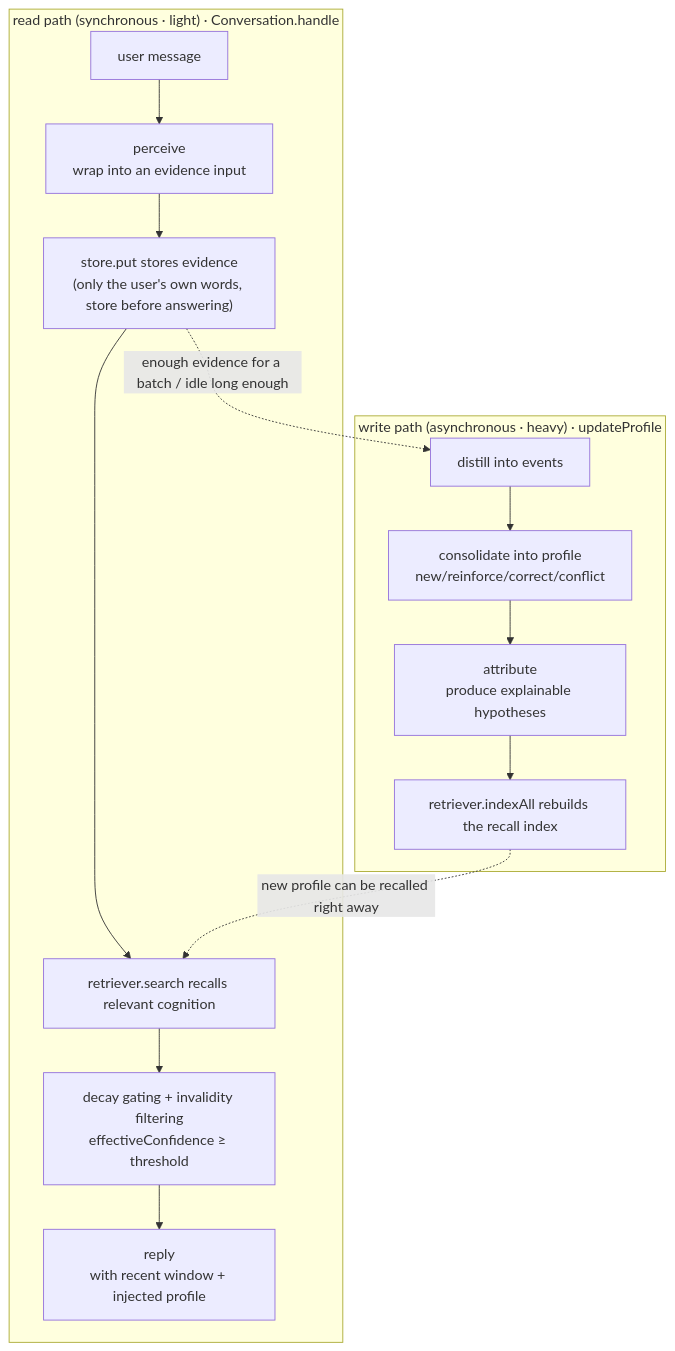
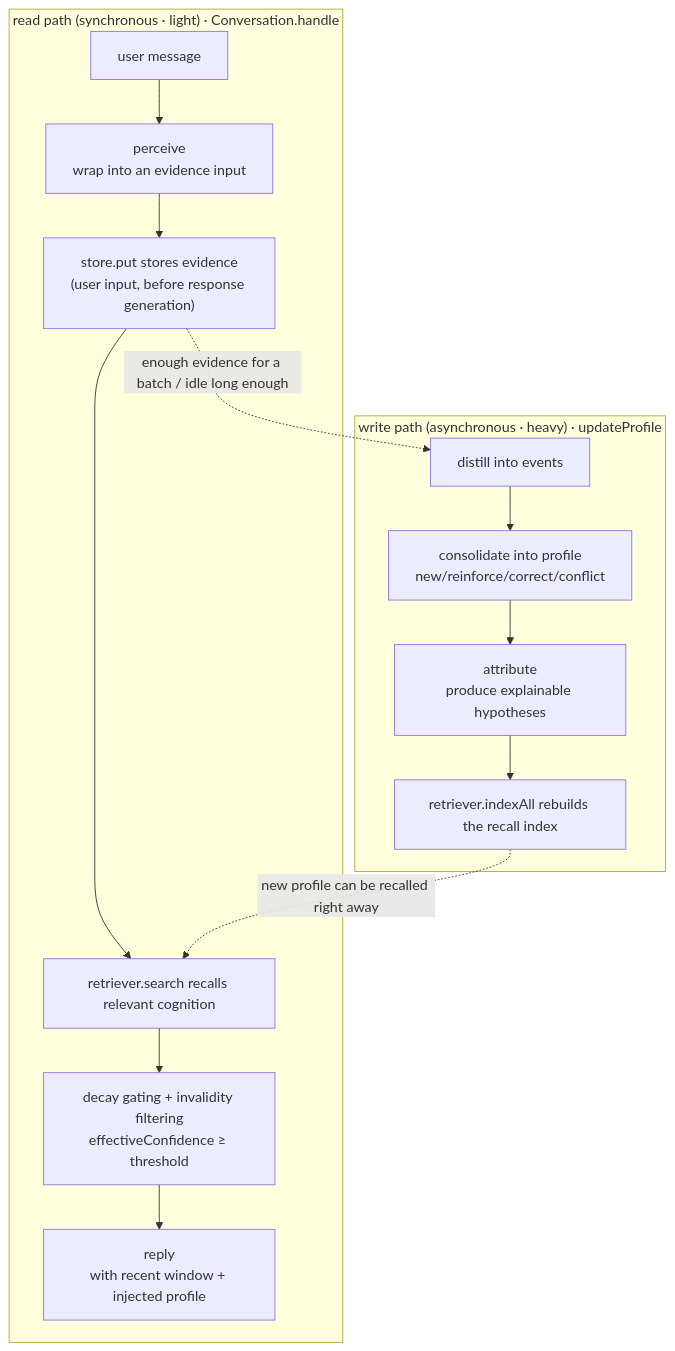
Before and after one commit to kestercarroll702-gif/memoweft: the second of 4 diagrams in docs/internals/architecture.md, drawn with Mermaid. The commit also changed other lines of this file and 480 other files, not shown here.

````diff
--- a/docs/internals/architecture.md
+++ b/docs/internals/architecture.md
@@ -105,17 +106,17 @@
 ```mermaid
 flowchart TB
   subgraph READ["read path (synchronous · light) · Conversation.handle"]
     U["user message"] --> P["perceive<br/>wrap into an evidence input"]
-    P --> S1["store.put stores evidence<br/>(only the user's own words, store before answering)"]
+    P --> S1["store.put stores evidence<br/>(user input, before response generation)"]
     S1 --> R1["retriever.search recalls relevant cognition"]
     R1 --> G["decay gating + invalidity filtering<br/>effectiveConfidence ≥ threshold"]
     G --> A["reply<br/>with recent window + injected profile"]
   end
   subgraph WRITE["write path (asynchronous · heavy) · updateProfile"]
     D["distill into events"] --> CO["consolidate into profile<br/>new/reinforce/correct/conflict"]
     CO --> AT["attribute<br/>produce explainable hypotheses"]
     AT --> IX["retriever.indexAll rebuilds the recall index"]
   end
   S1 -. "enough evidence for a batch / idle long enough" .-> D
   IX -. "new profile can be recalled right away" .-> R1
 ```
````
